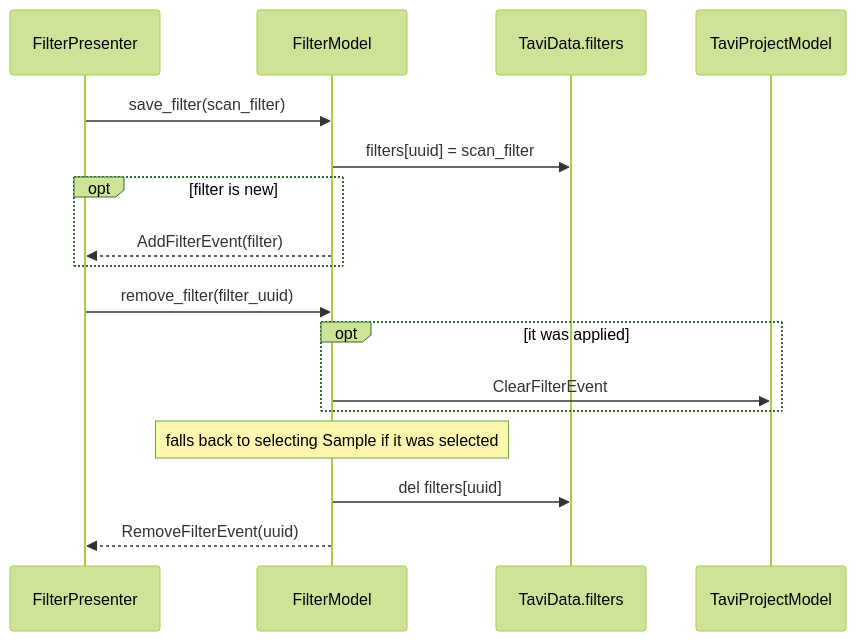
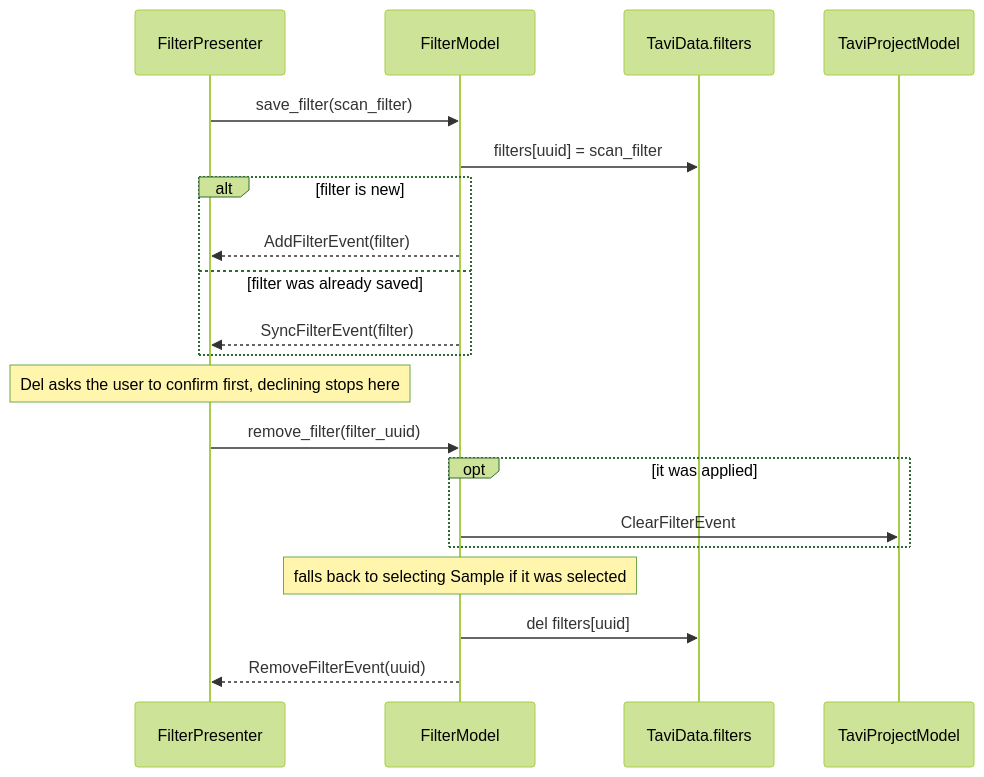
The second of 3 diagrams in docs/source/design/frontend/filter_model.rst (neutrons/TAVI), drawn with Mermaid (forest theme) before and after one commit. The commit also changed other lines of this file and 8 other files, not shown here.

First line of the commit message:
Confirm filter deletion and mark unsaved filter edits (#137)

```diff
--- a/docs/source/design/frontend/filter_model.rst
+++ b/docs/source/design/frontend/filter_model.rst
@@ -83,21 +88,24 @@
 .. mermaid::
 
     sequenceDiagram
         participant FP as FilterPresenter
         participant FM as FilterModel
         participant TD as TaviData.filters
         participant TPM as TaviProjectModel
 
         FP->>FM: save_filter(scan_filter)
         FM->>TD: filters[uuid] = scan_filter
-        opt filter is new
+        alt filter is new
             FM-->>FP: AddFilterEvent(filter)
+        else filter was already saved
+            FM-->>FP: SyncFilterEvent(filter)
         end
 
+        Note over FP: Del asks the user to confirm first, declining stops here
         FP->>FM: remove_filter(filter_uuid)
         opt it was applied
             FM->>TPM: ClearFilterEvent
         end
         Note over FM: falls back to selecting Sample if it was selected
         FM->>TD: del filters[uuid]
         FM-->>FP: RemoveFilterEvent(uuid)
```
